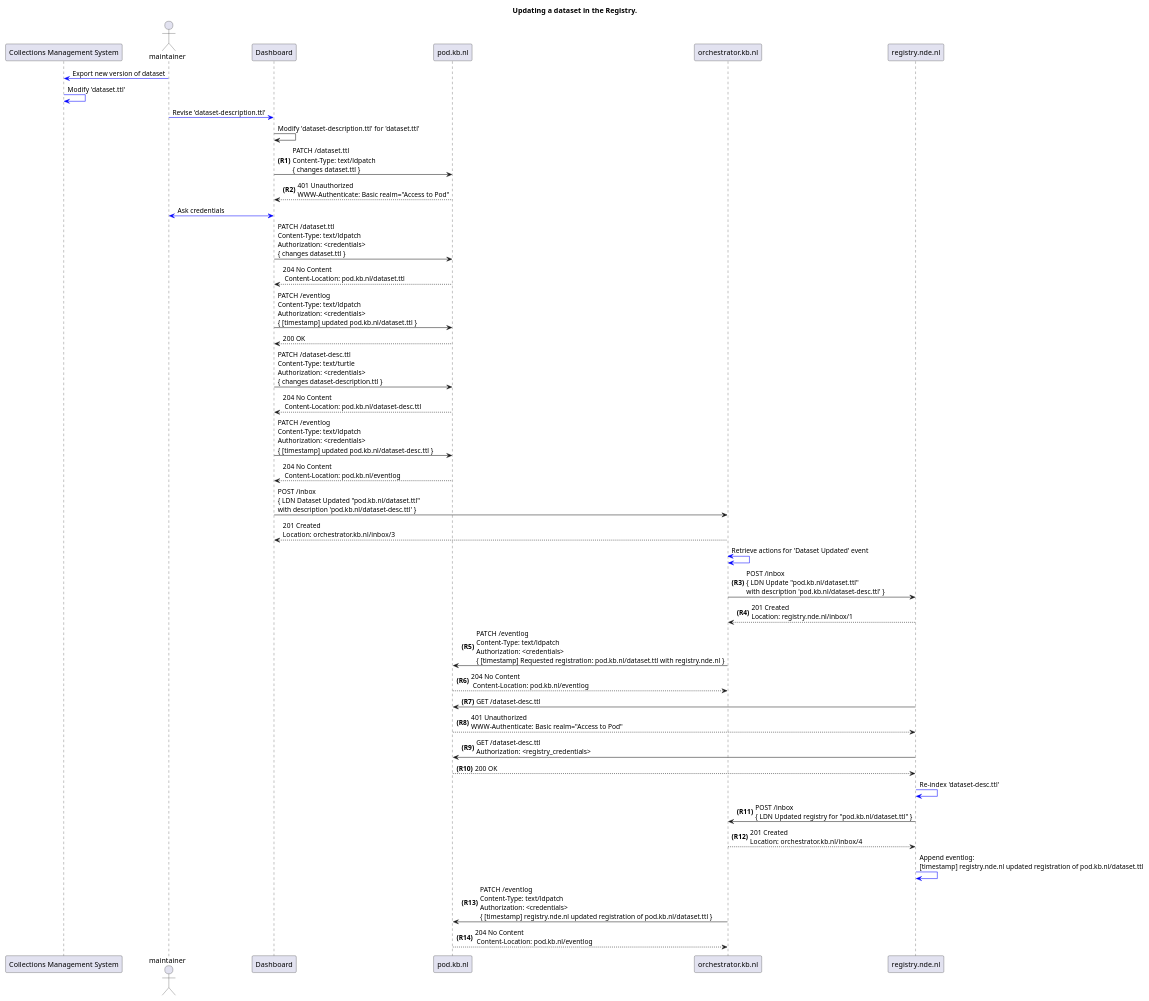
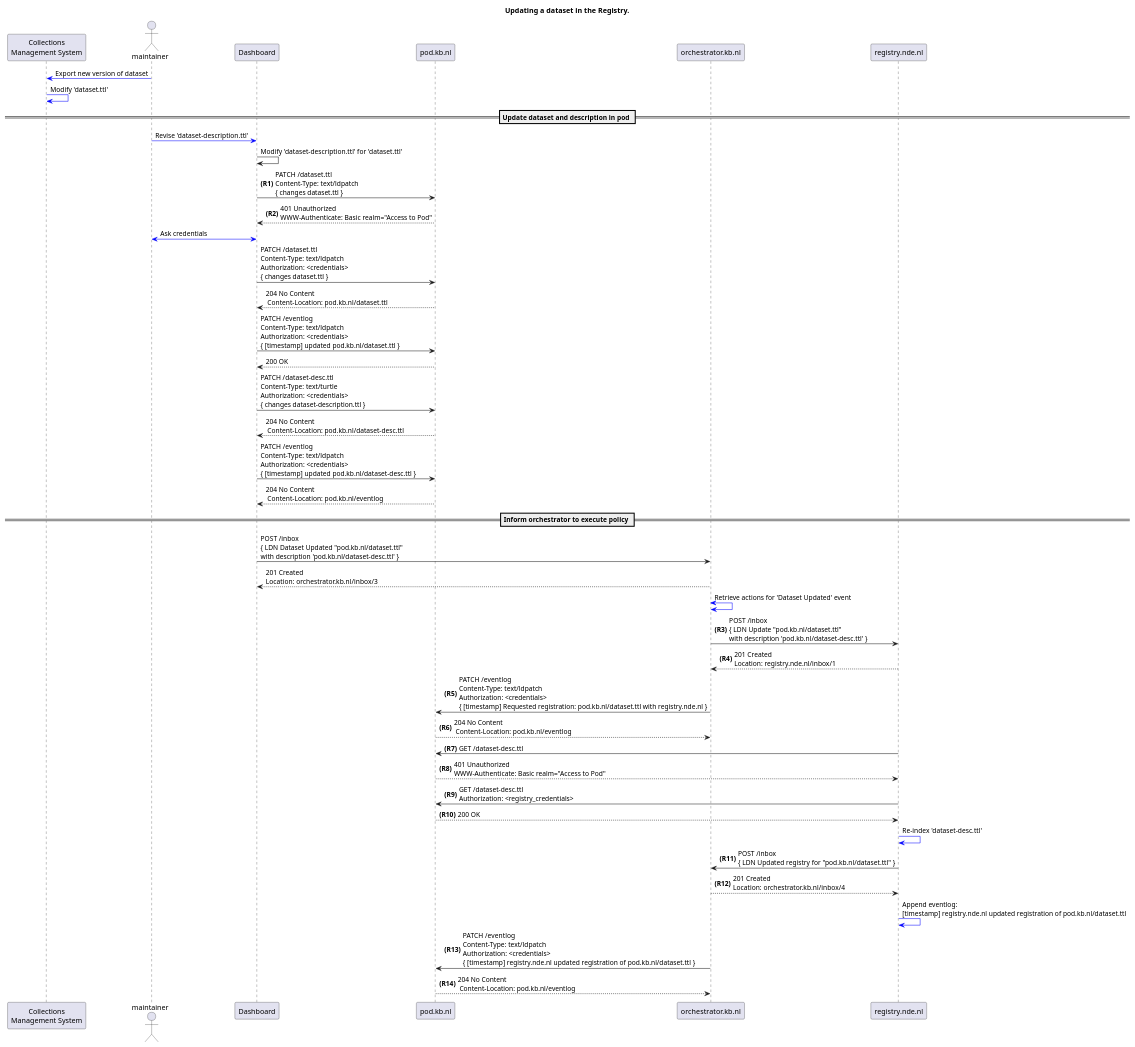
Before and after one commit to mielvds/erfgoedpod-sequences: the diagram in update-dataset-sequence.puml, drawn with PlantUML. The commit also changed 11 other files, not shown here.

Commit message:
Add init sequence and update diagrams

```diff
--- a/update-dataset-sequence.puml
+++ b/update-dataset-sequence.puml
@@ -1,72 +1,77 @@
 @startuml
 
 title
  Updating a dataset in the Registry.
 end title
 
 
 autonumber "<b>(R0)"
-participant "Collections Management System" as CMS
+participant "Collections\nManagement System" as CMS
 actor maintainer as Maintainer 
 participant Dashboard as D
 participant pod.kb.nl as Pod
 participant orchestrator.kb.nl as O
 participant registry.nde.nl as R
 
 autonumber stop
 Maintainer -[#0000FF]> CMS: Export new version of dataset
 CMS -[#0000FF]> CMS: Modify 'dataset.ttl'
 
+== Update dataset and description in pod ==
+
 Maintainer -[#0000FF]> D: Revise 'dataset-description.ttl'
 D -> D: Modify 'dataset-description.ttl' for 'dataset.ttl'
 
 autonumber resume
 D -> Pod : PATCH /dataset.ttl\nContent-Type: text/ldpatch\n{ changes dataset.ttl }
 D <-- Pod : 401 Unauthorized\nWWW-Authenticate: Basic realm="Access to Pod"
+
 autonumber stop
 D <-[#0000FF]> Maintainer : Ask credentials
 
 D -> Pod : PATCH /dataset.ttl\nContent-Type: text/ldpatch\nAuthorization: <credentials>\n{ changes dataset.ttl }
 D <-- Pod : 204 No Content\n Content-Location: pod.kb.nl/dataset.ttl
 
 D -> Pod : PATCH /eventlog\nContent-Type: text/ldpatch\nAuthorization: <credentials>\n{ [timestamp] updated pod.kb.nl/dataset.ttl }
 D <-- Pod : 200 OK
 
 D -> Pod : PATCH /dataset-desc.ttl\nContent-Type: text/turtle\nAuthorization: <credentials>\n{ changes dataset-description.ttl }
 D <-- Pod : 204 No Content\n Content-Location: pod.kb.nl/dataset-desc.ttl
 
 D -> Pod : PATCH /eventlog\nContent-Type: text/ldpatch\nAuthorization: <credentials>\n{ [timestamp] updated pod.kb.nl/dataset-desc.ttl }
 D <-- Pod : 204 No Content\n Content-Location: pod.kb.nl/eventlog
+
+== Inform orchestrator to execute policy ==
 
 D -> O: POST /inbox\n{ LDN Dataset Updated "pod.kb.nl/dataset.ttl"\nwith description 'pod.kb.nl/dataset-desc.ttl' }
 D <-- O: 201 Created\nLocation: orchestrator.kb.nl/inbox/3
 
 autonumber stop
 O <-[#0000FF]> O: Retrieve actions for 'Dataset Updated' event
 
 autonumber resume
 O -> R: POST /inbox\n{ LDN Update "pod.kb.nl/dataset.ttl"\nwith description 'pod.kb.nl/dataset-desc.ttl' }
 O <-- R: 201 Created\nLocation: registry.nde.nl/inbox/1
 O -> Pod : PATCH /eventlog\nContent-Type: text/ldpatch\nAuthorization: <credentials>\n{ [timestamp] Requested registration: pod.kb.nl/dataset.ttl with registry.nde.nl }
 O <-- Pod : 204 No Content\n Content-Location: pod.kb.nl/eventlog
 
 R -> Pod: GET /dataset-desc.ttl
 R <-- Pod : 401 Unauthorized\nWWW-Authenticate: Basic realm="Access to Pod"
 R -> Pod: GET /dataset-desc.ttl\nAuthorization: <registry_credentials>
 R <-- Pod: 200 OK
 
 autonumber stop
 R -[#0000FF]> R: Re-index 'dataset-desc.ttl'
 
 autonumber resume
 R -> O: POST /inbox\n{ LDN Updated registry for "pod.kb.nl/dataset.ttl" }
 R <-- O: 201 Created\nLocation: orchestrator.kb.nl/inbox/4
 
 autonumber stop
 R -[#0000FF]> R: Append eventlog:\n[timestamp] registry.nde.nl updated registration of pod.kb.nl/dataset.ttl
 
 autonumber resume
 O -> Pod : PATCH /eventlog\nContent-Type: text/ldpatch\nAuthorization: <credentials>\n{ [timestamp] registry.nde.nl updated registration of pod.kb.nl/dataset.ttl }
 O <-- Pod : 204 No Content\n Content-Location: pod.kb.nl/eventlog
 
 @enduml
```
